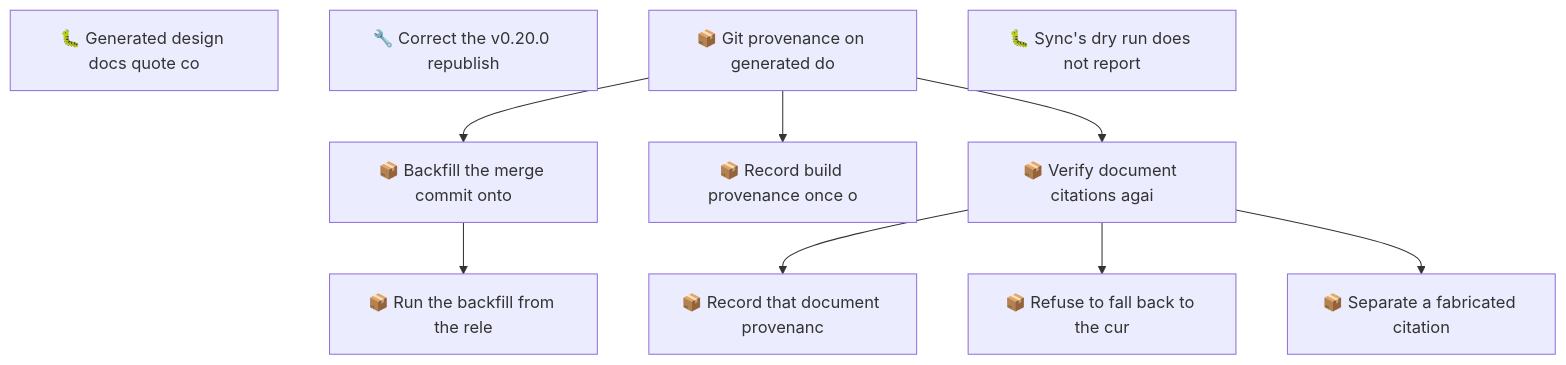
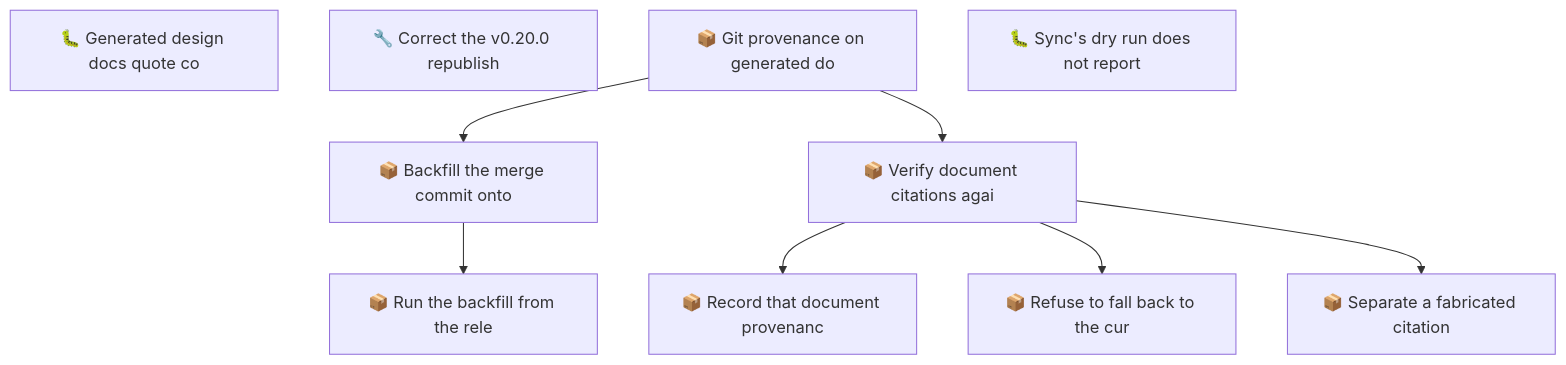
Before and after one commit to SpillwaveSolutions/wiki_ticket_sdd: the second of 2 diagrams in docs/roadmap.md, drawn with Mermaid. The commit also changed other lines of this file and 10 other files, not shown here.

First line of the commit message:
feat(ia): record build provenance once on the manifest (01KZ30X6JE1ERVS43QVXEEGVXA)

````diff
--- a/docs/roadmap.md
+++ b/docs/roadmap.md
@@ -87,21 +84,19 @@
 ```mermaid
 graph TD
     01KZ2M75CEXBQHFN1AG1Z8A2YB["🐛 Generated design docs quote co"]
     01KZ2PJZF067ZS4YW231C1FM28["🔧 Correct the v0.20.0 republish"]
     01KZ30X6HZ6FKJXJX386J44CB1["📦 Git provenance on generated do"]
     01KZ30X6JE0QSQF6BE8S0YRPBW["📦 Backfill the merge commit onto"]
-    01KZ30X6JE1ERVS43QVXEEGVXA["📦 Record build provenance once o"]
     01KZ30X6JE8542ERDW1B8A9P8H["📦 Run the backfill from the rele"]
     01KZ30X6JEBXN08HQTQ77ESSTV["📦 Record that document provenanc"]
     01KZ30X6JEETVQZG7YYFM7B998["📦 Refuse to fall back to the cur"]
     01KZ30X6JEF29Z5AEEWXBSJWHV["📦 Verify document citations agai"]
     01KZ30X6JEWCD74E81Y555DAYP["📦 Separate a fabricated citation"]
     01KZ31DGAQ2YDP6RMEMVNAWABH["🐛 Sync's dry run does not report"]
     01KZ30X6HZ6FKJXJX386J44CB1 --> 01KZ30X6JE0QSQF6BE8S0YRPBW
-    01KZ30X6HZ6FKJXJX386J44CB1 --> 01KZ30X6JE1ERVS43QVXEEGVXA
     01KZ30X6JE0QSQF6BE8S0YRPBW --> 01KZ30X6JE8542ERDW1B8A9P8H
     01KZ30X6JEF29Z5AEEWXBSJWHV --> 01KZ30X6JEBXN08HQTQ77ESSTV
     01KZ30X6JEF29Z5AEEWXBSJWHV --> 01KZ30X6JEETVQZG7YYFM7B998
     01KZ30X6HZ6FKJXJX386J44CB1 --> 01KZ30X6JEF29Z5AEEWXBSJWHV
     01KZ30X6JEF29Z5AEEWXBSJWHV --> 01KZ30X6JEWCD74E81Y555DAYP
 ```
````
